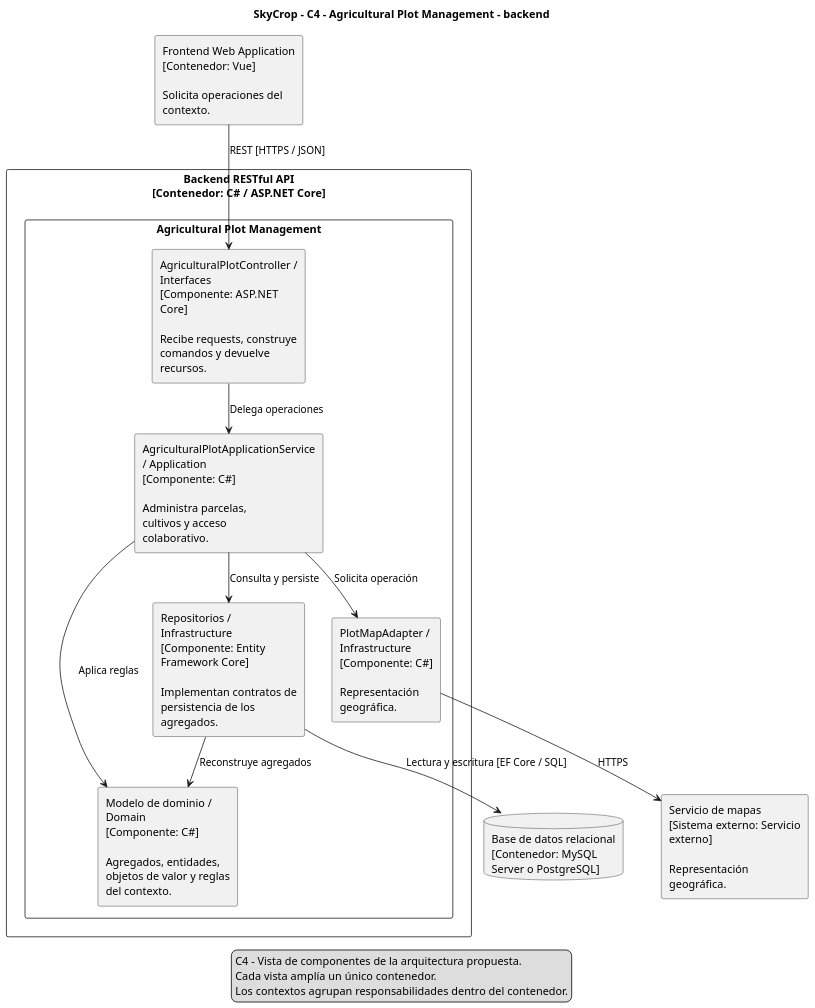
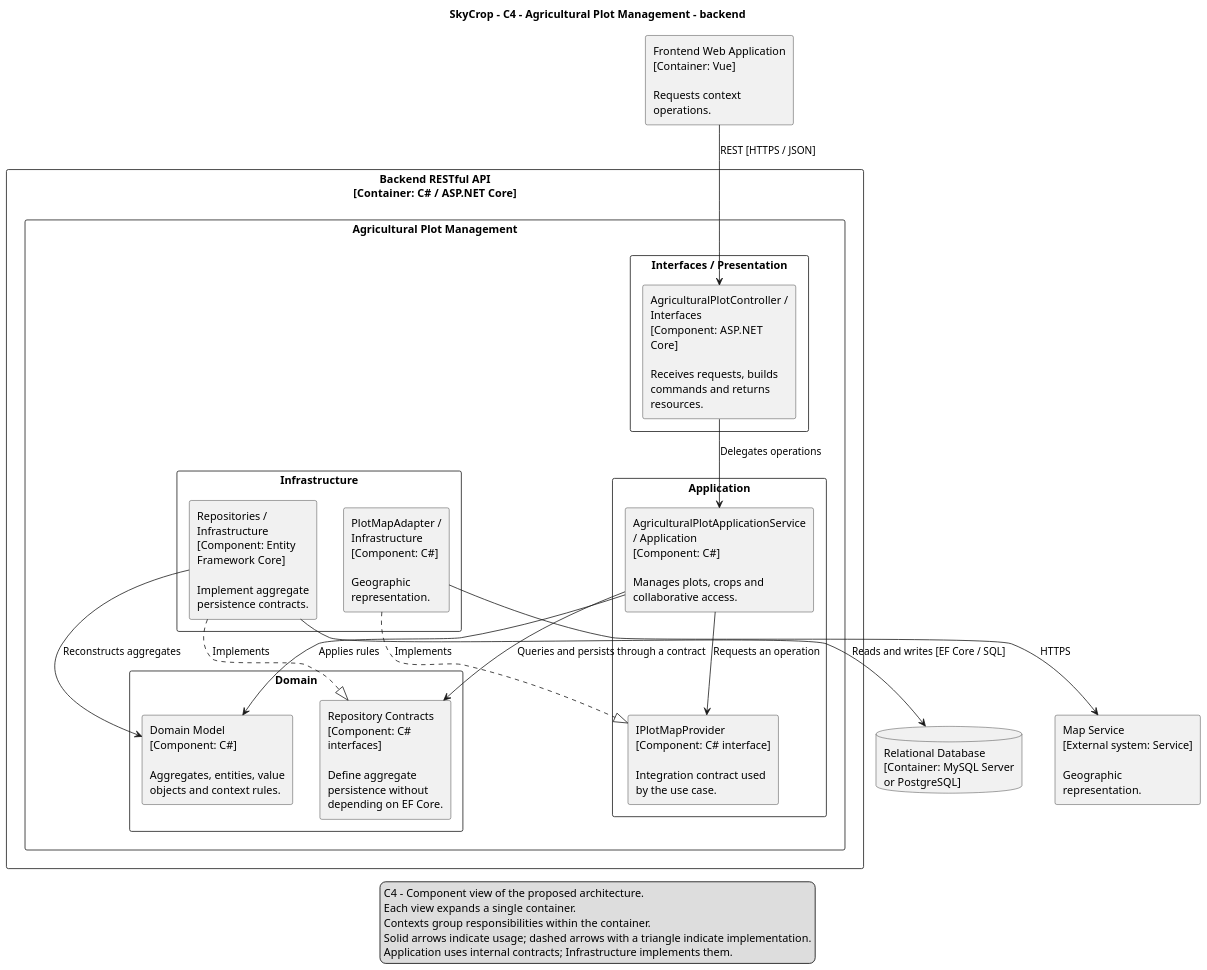
One commit to upc-GreenTech/skycrop-report changed the diagram in resources/imgs/Software Architecture Diagram/contexts/plots-backend-components.puml. Above: the diagram before and after it, drawn with PlantUML. The commit also changed 36 other files, not shown here.

Commit message:
feature: organize component diagrams by layer and translate all labels into english.

```diff
--- a/resources/imgs/Software Architecture Diagram/contexts/plots-backend-components.puml
+++ b/resources/imgs/Software Architecture Diagram/contexts/plots-backend-components.puml
@@ -1,37 +1,51 @@
 @startuml
 skinparam monochrome true
 skinparam shadowing false
 skinparam dpi 120
 skinparam defaultFontName SansSerif
 skinparam componentStyle rectangle
 skinparam wrapWidth 180
 skinparam nodesep 35
 skinparam ranksep 45
 top to bottom direction
 title SkyCrop - C4 - Agricultural Plot Management - backend
-component "Frontend Web Application\n[Contenedor: Vue]\n\nSolicita operaciones del contexto." as web
-rectangle "Backend RESTful API\n[Contenedor: C# / ASP.NET Core]" {
+component "Frontend Web Application\n[Container: Vue]\n\nRequests context operations." as web
+rectangle "Backend RESTful API\n[Container: C# / ASP.NET Core]" {
 rectangle "Agricultural Plot Management" {
-component "AgriculturalPlotController / Interfaces\n[Componente: ASP.NET Core]\n\nRecibe requests, construye comandos y devuelve recursos." as controller
-component "AgriculturalPlotApplicationService / Application\n[Componente: C#]\n\nAdministra parcelas, cultivos y acceso colaborativo." as service
-component "Modelo de dominio / Domain\n[Componente: C#]\n\nAgregados, entidades, objetos de valor y reglas del contexto." as domain
-component "Repositorios / Infrastructure\n[Componente: Entity Framework Core]\n\nImplementan contratos de persistencia de los agregados." as repository
-component "PlotMapAdapter / Infrastructure\n[Componente: C#]\n\nRepresentación geográfica." as adapter
+rectangle "Interfaces / Presentation" {
+component "AgriculturalPlotController / Interfaces\n[Component: ASP.NET Core]\n\nReceives requests, builds commands and returns resources." as controller
+}
+rectangle "Application" {
+component "AgriculturalPlotApplicationService / Application\n[Component: C#]\n\nManages plots, crops and collaborative access." as service
+component "IPlotMapProvider\n[Component: C# interface]\n\nIntegration contract used by the use case." as integrationContract
+}
+rectangle "Domain" {
+component "Domain Model\n[Component: C#]\n\nAggregates, entities, value objects and context rules." as domain
+component "Repository Contracts\n[Component: C# interfaces]\n\nDefine aggregate persistence without depending on EF Core." as repositoryContract
+}
+rectangle "Infrastructure" {
+component "Repositories / Infrastructure\n[Component: Entity Framework Core]\n\nImplement aggregate persistence contracts." as repository
+component "PlotMapAdapter / Infrastructure\n[Component: C#]\n\nGeographic representation." as adapter
 }
 }
-database "Base de datos relacional\n[Contenedor: MySQL Server o PostgreSQL]" as db
+}
+database "Relational Database\n[Container: MySQL Server or PostgreSQL]" as db
 web --> controller : REST [HTTPS / JSON]
-controller --> service : Delega operaciones
-service --> domain : Aplica reglas
-service --> repository : Consulta y persiste
-repository --> domain : Reconstruye agregados
-repository --> db : Lectura y escritura [EF Core / SQL]
-service --> adapter : Solicita operación
-component "Servicio de mapas\n[Sistema externo: Servicio externo]\n\nRepresentación geográfica." as provider
+controller --> service : Delegates operations
+service --> domain : Applies rules
+service --> repositoryContract : Queries and persists through a contract
+repository ..|> repositoryContract : Implements
+repository --> domain : Reconstructs aggregates
+repository --> db : Reads and writes [EF Core / SQL]
+service --> integrationContract : Requests an operation
+adapter ..|> integrationContract : Implements
+component "Map Service\n[External system: Service]\n\nGeographic representation." as provider
 adapter --> provider : HTTPS
 legend bottom
-C4 - Vista de componentes de la arquitectura propuesta.
-Cada vista amplía un único contenedor.
-Los contextos agrupan responsabilidades dentro del contenedor.
+C4 - Component view of the proposed architecture.
+Each view expands a single container.
+Contexts group responsibilities within the container.
+Solid arrows indicate usage; dashed arrows with a triangle indicate implementation.
+Application uses internal contracts; Infrastructure implements them.
 endlegend
 @enduml
```
